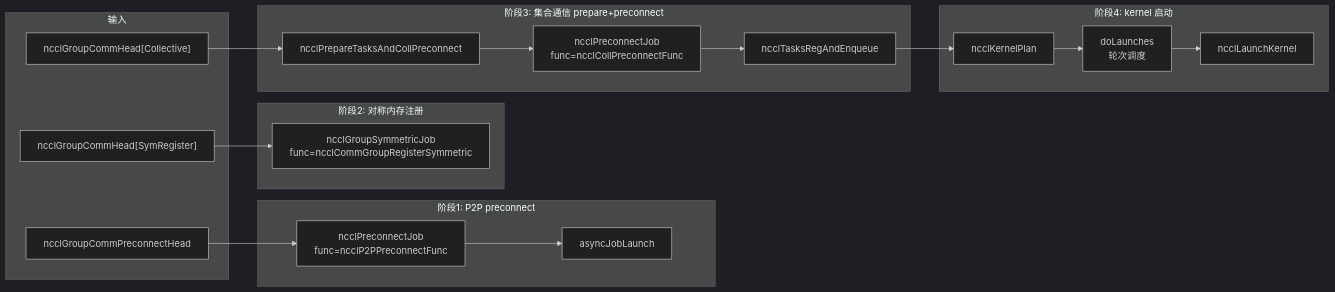
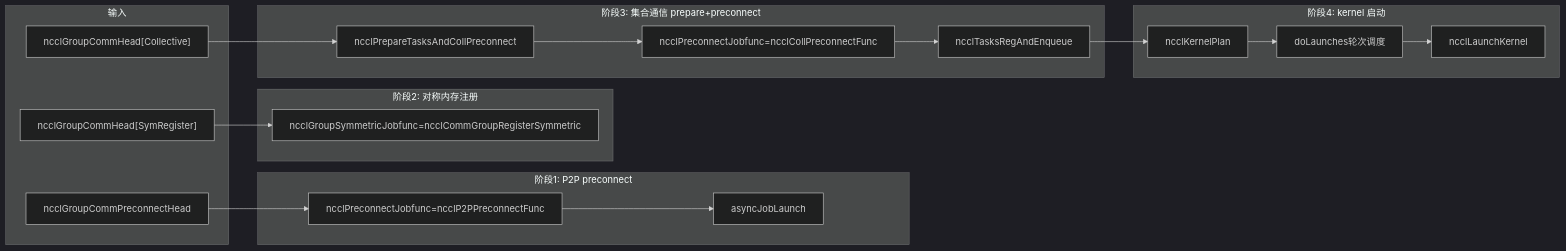
Before and after one commit to maleRjc/AiReadCodeBooks: the second of 2 diagrams in books/nccl/en/07-task-scheduler-and-channels.md, drawn with Mermaid (dark theme). The commit also changed other lines of this file and 80 other files, not shown here.

````diff
--- a/books/nccl/en/07-task-scheduler-and-channels.md
+++ b/books/nccl/en/07-task-scheduler-and-channels.md
@@ -735,34 +687,34 @@
 ```mermaid
 flowchart LR
     subgraph input["输入"]
         preconnect["ncclGroupCommPreconnectHead"]
         coll["ncclGroupCommHead[Collective]"]
         sym["ncclGroupCommHead[SymRegister]"]
     end
 
     subgraph phase1["阶段1: P2P preconnect"]
-        p2p_job["ncclPreconnectJob<br/>func=ncclP2PPreconnectFunc"]
+        p2p_job["ncclPreconnectJobfunc=ncclP2PPreconnectFunc"]
         p2p_launch["asyncJobLaunch"]
     end
 
     subgraph phase2["阶段2: 对称内存注册"]
-        sym_job["ncclGroupSymmetricJob<br/>func=ncclCommGroupRegisterSymmetric"]
+        sym_job["ncclGroupSymmetricJobfunc=ncclCommGroupRegisterSymmetric"]
     end
 
     subgraph phase3["阶段3: 集合通信 prepare+preconnect"]
         prep["ncclPrepareTasksAndCollPreconnect"]
-        coll_job["ncclPreconnectJob<br/>func=ncclCollPreconnectFunc"]
+        coll_job["ncclPreconnectJobfunc=ncclCollPreconnectFunc"]
         reg_enq["ncclTasksRegAndEnqueue"]
     end
 
     subgraph phase4["阶段4: kernel 启动"]
-        do_launch["doLaunches<br/>轮次调度"]
+        do_launch["doLaunches轮次调度"]
         plan["ncclKernelPlan"]
         kernel["ncclLaunchKernel"]
     end
 
     preconnect --> p2p_job --> p2p_launch
     sym --> sym_job
     coll --> prep --> coll_job --> reg_enq
     reg_enq --> plan --> do_launch --> kernel
 ```
````
